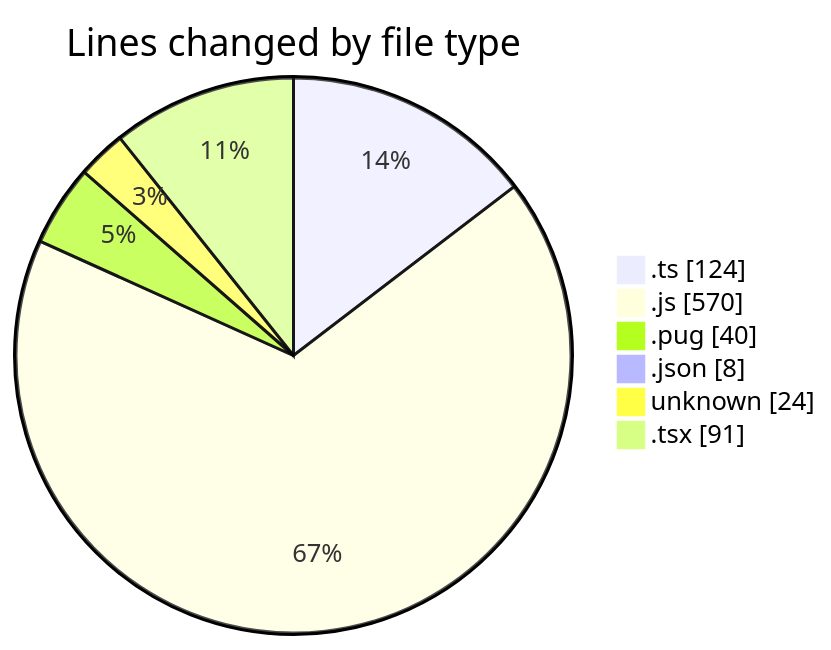
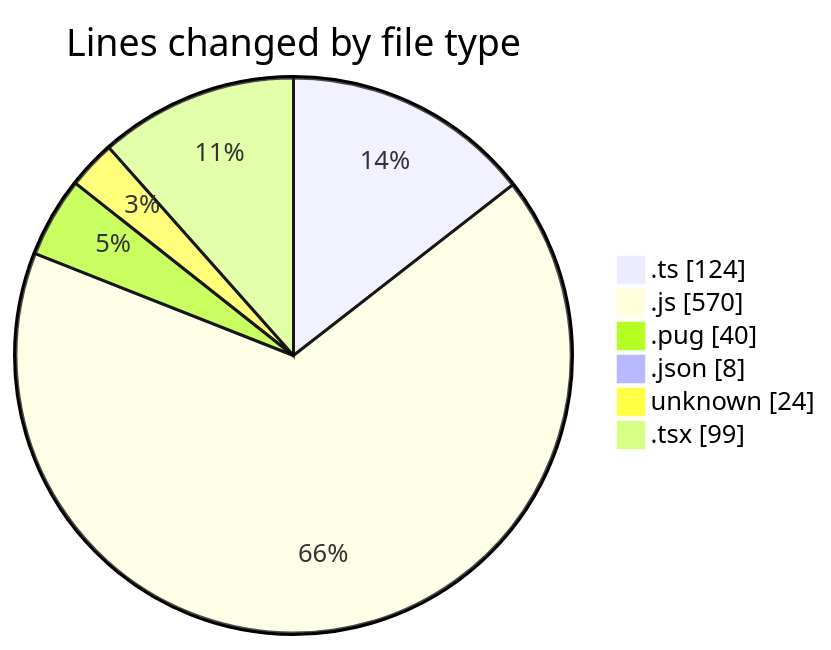
Before and after one commit to momahboobian/code-tracking: the first of 2 diagrams in 2025-02-25/cda/README.md, drawn with Mermaid. The commit also changed other lines of this file and 1 other file, not shown here.

````diff
--- a/2025-02-25/cda/README.md
+++ b/2025-02-25/cda/README.md
@@ -29,10 +29,10 @@
 ```mermaid
 pie showData
 title Lines changed by file type
 ".ts" : 124
 ".js" : 570
 ".pug" : 40
 ".json" : 8
 "unknown" : 24
-".tsx" : 91
+".tsx" : 99
 ```
````
